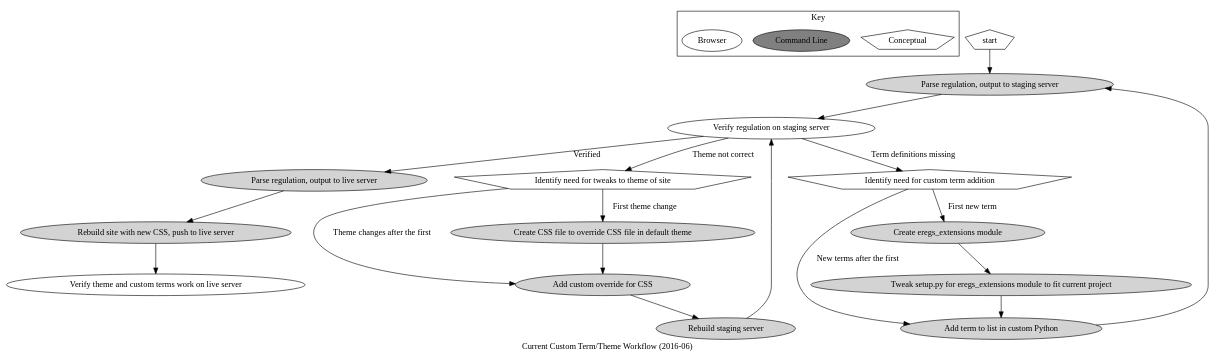
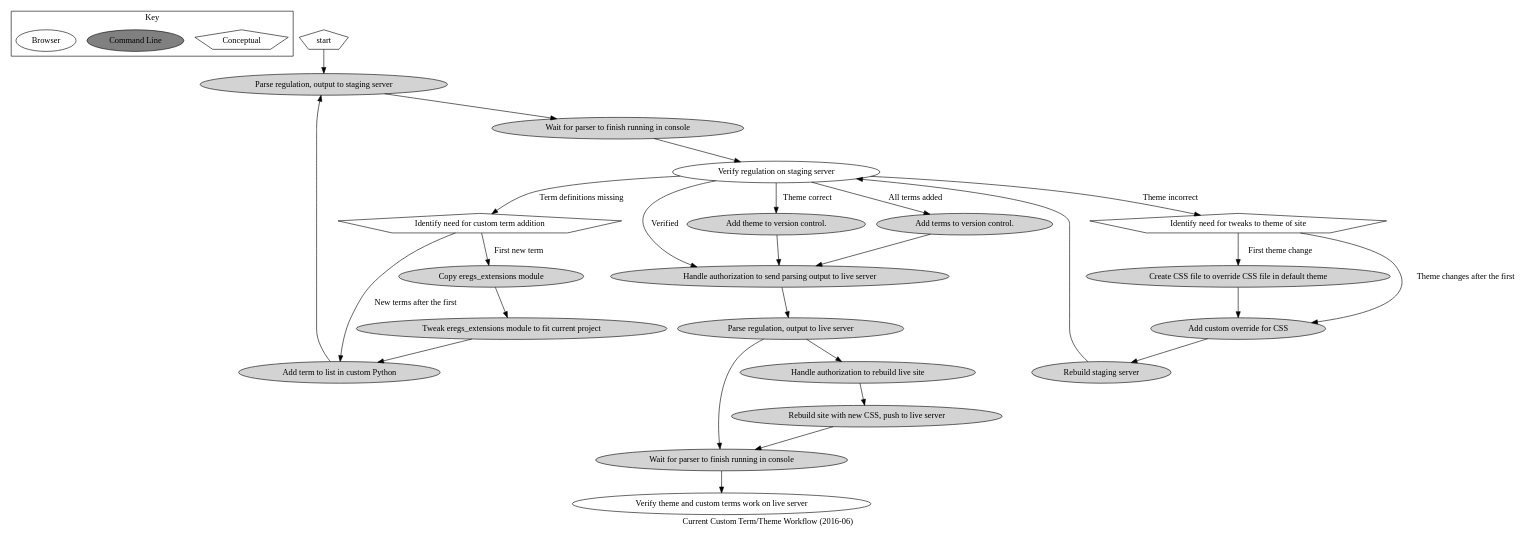
Before and after one commit to tadhg-ohiggins/eregs-platform: the diagram in docs/cli-workflow.dot, drawn with Graphviz. The commit also changed 1 other file, not shown here.

Commit message:
Documentation: expand UI and CLI flowcharts.

```diff
--- a/docs/cli-workflow.dot
+++ b/docs/cli-workflow.dot
@@ -1,48 +1,63 @@
 digraph {
     label="Current Custom Term/Theme Workflow (2016-06)";
     subgraph cluster_01 {
         node [style=filled, color=black];
         "Conceptual"[shape=pentagon, fillcolor=white];
         "Command Line"[style=filled, fillcolor=grey];
         "Browser"[style=filled, fillcolor=white];
         label="Key";
     }
 
     start -> parse;
-    parse -> verify;
+    parse -> wait;
+    wait -> verify;
     verify -> identify [label="Term definitions missing"];
     identify -> module [label="First new term"];
     identify -> addterm [label="New terms after the first"];
     module -> setuppy;
     setuppy -> addterm;
     addterm -> parse;
 
-    verify -> parselive [label="Verified"];
-    parselive -> siterebuildlive;
-    siterebuildlive -> live;
+    verify -> parseauth [label="Verified"];
+    parseauth -> parselive;
+    parselive -> sitebuildauth;
+    sitebuildauth -> siterebuildlive;
+    parselive -> waitlive;
+    siterebuildlive -> waitlive;
+    waitlive -> live;
 
-    verify -> themeneed [label="Theme not correct"];
+    verify -> themeneed [label="Theme incorrect"];
+    verify -> themedone [label="Theme correct"];
+    themedone -> parseauth;
+    verify -> termsadded [label="All terms added"];
+    termsadded -> parseauth;
     themeneed -> cssoverride [label="First theme change"];
     themeneed -> csstweak [label="Theme changes after the first"];
     cssoverride -> csstweak;
     csstweak -> siterebuild;
     siterebuild -> verify;
 
 
 
     start[shape=pentagon];
     parse[label="Parse regulation, output to staging server", style=filled];
+    wait[label="Wait for parser to finish running in console", style=filled];
+    waitlive[label="Wait for parser to finish running in console", style=filled];
     verify[label="Verify regulation on staging server"];
     identify[label="Identify need for custom term addition", shape=pentagon];
-    module[label="Create eregs_extensions module", style=filled];
-    setuppy[label="Tweak setup.py for eregs_extensions module to fit current project", style=filled];
+    module[label="Copy eregs_extensions module", style=filled];
+    setuppy[label="Tweak eregs_extensions module to fit current project", style=filled];
     addterm[label="Add term to list in custom Python", style=filled];
     themeneed[label="Identify need for tweaks to theme of site", shape=pentagon];
+    themedone[label="Add theme to version control.", style=filled];
+    termsadded[label="Add terms to version control.", style=filled];
     cssoverride[label="Create CSS file to override CSS file in default theme", style=filled];
     csstweak[label="Add custom override for CSS", style=filled];
     siterebuild[label="Rebuild staging server", style=filled];
+    parseauth[label="Handle authorization to send parsing output to live server", style=filled];
     parselive[label="Parse regulation, output to live server", style=filled];
+    sitebuildauth[label="Handle authorization to rebuild live site", style=filled];
     siterebuildlive[label="Rebuild site with new CSS, push to live server", style=filled];
     live[label="Verify theme and custom terms work on live server"];
 
 }
```
